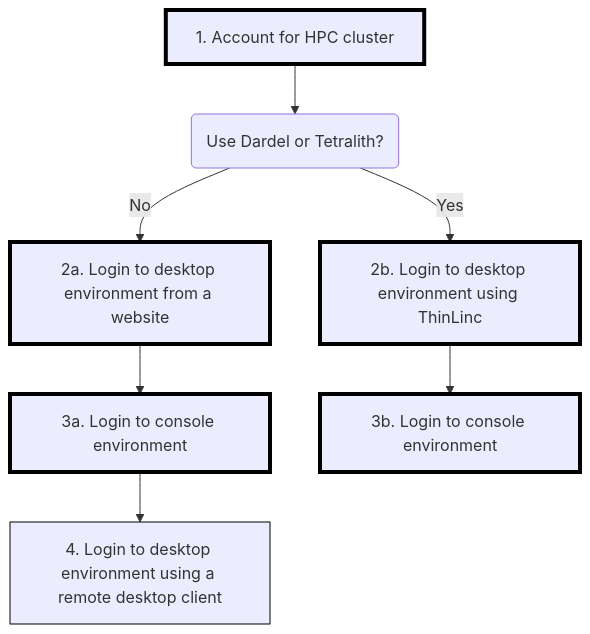
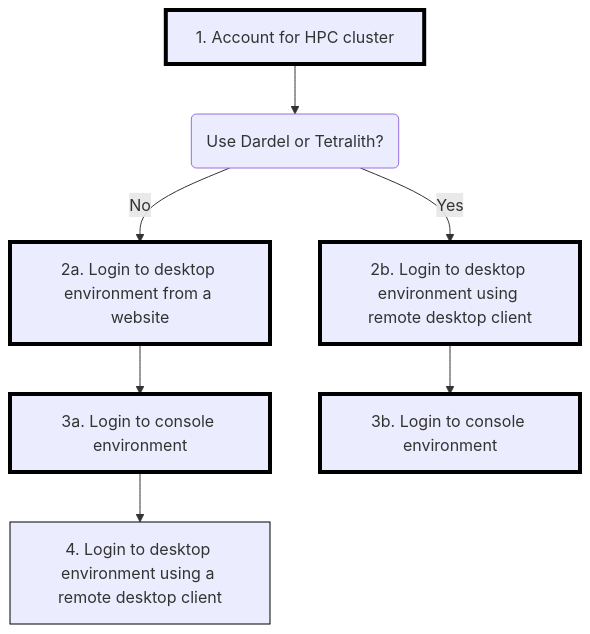
Before and after one commit to UPPMAX/naiss_file_transfer_course: the diagram in docs/sessions/intro_connect/README.md, drawn with Mermaid. The commit also changed 1 other file, not shown here.

Commit message:
Reflect and fix

````diff
--- a/docs/sessions/intro_connect/README.md
+++ b/docs/sessions/intro_connect/README.md
@@ -45,24 +45,24 @@
 ```mermaid
 flowchart TD
 
   classDef always stroke:#000,stroke-width:4px;
   classDef optional stroke:#000,stroke-width:1px;
 
   use_dardel_or_tetralith(Use Dardel or Tetralith?)
   account[1. Account for HPC cluster]:::always
   login_desktop_website_no[2a. Login to desktop environment from a website]:::always
   login_console_no[3a. Login to console environment]:::always
   login_desktop_tool_no[4. Login to desktop environment using a remote desktop client]:::optional
 
   login_console_yes[3b. Login to console environment]:::always
-  login_desktop_tool_yes[2b. Login to desktop environment using ThinLinc]:::always
+  login_desktop_tool_yes[2b. Login to desktop environment using remote desktop client]:::always
 
 
   account --> use_dardel_or_tetralith
   use_dardel_or_tetralith--> |No| login_desktop_website_no
   login_desktop_website_no --> login_console_no
   login_console_no --> login_desktop_tool_no
 
   use_dardel_or_tetralith--> |Yes| login_desktop_tool_yes
   login_desktop_tool_yes --> login_console_yes
 ```
````
